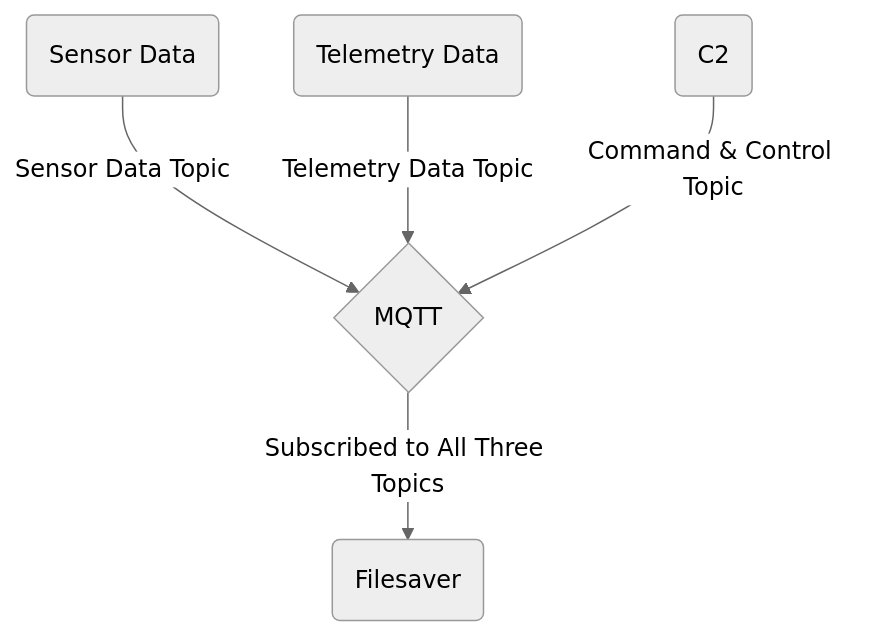
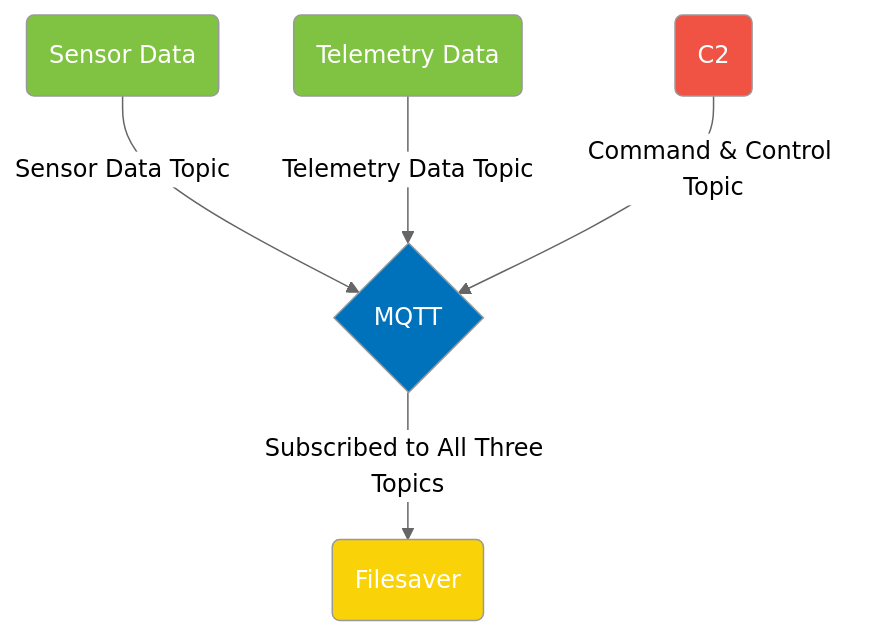
One commit to IQTLabs/edgetech-filesaver changed the diagram in README.md. Above: the diagram before and after it, drawn with Mermaid (neutral theme).

Commit message:
flowchart updates

````diff
--- a/README.md
+++ b/README.md
@@ -76,9 +74,15 @@
 ```mermaid 
 
 flowchart TD
     sensordata(Sensor Data) -- Sensor Data Topic --> mqtt{MQTT}
     telemetrydata(Telemetry Data) -- Telemetry Data Topic --> mqtt{MQTT}
     c2(C2) -- Command & Control Topic --> mqtt{MQTT}
      mqtt{MQTT} -- Subscribed to All Three Topics --> filesaver(Filesaver)
 
+style mqtt fill:#0072bc,color:#ffffff
+style sensordata fill:#80c342,color:#ffffff
+style telemetrydata fill:#80c342,color:#ffffff
+style filesaver fill:#F9D308,color:#ffffff
+style c2 fill:#f05343,color:#ffffff
+
 ```
````
